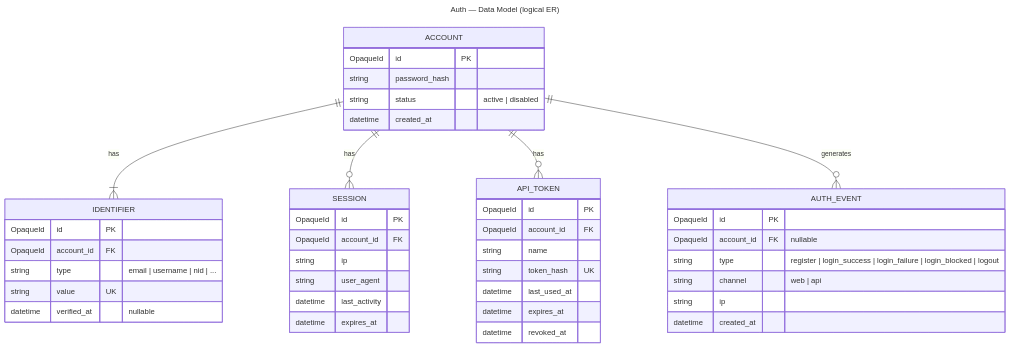
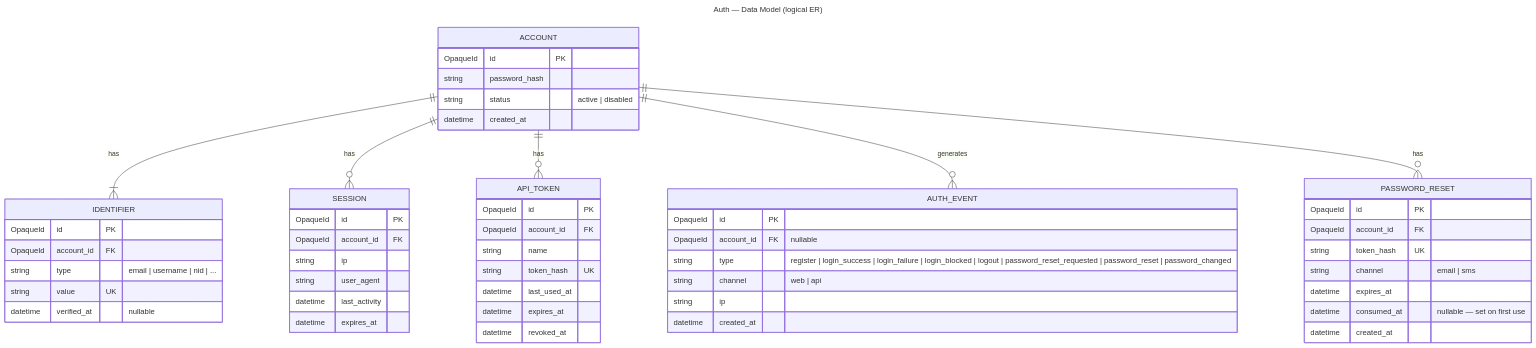
One commit to aristonis/system-design-components changed the diagram in auth/base/data-model.md. Above: the diagram before and after it, drawn with Mermaid. The commit also changed other lines of this file and 19 other files, not shown here.

First line of the commit message:
docs(auth): add forgot/reset/change-password

````diff
--- a/auth/base/data-model.md
+++ b/auth/base/data-model.md
@@ -6,49 +6,59 @@
 ```mermaid
 ---
 title: Auth — Data Model (logical ER)
 ---
 erDiagram
     ACCOUNT ||--|{ IDENTIFIER : "has"
     ACCOUNT ||--o{ SESSION : "has"
     ACCOUNT ||--o{ API_TOKEN : "has"
     ACCOUNT ||--o{ AUTH_EVENT : "generates"
+    ACCOUNT ||--o{ PASSWORD_RESET : "has"
 
     ACCOUNT {
       OpaqueId id PK
       string   password_hash
       string   status "active | disabled"
       datetime created_at
     }
     IDENTIFIER {
       OpaqueId id PK
       OpaqueId account_id FK
       string   type "email | username | nid | ..."
       string   value UK
       datetime verified_at "nullable"
     }
     SESSION {
       OpaqueId id PK
       OpaqueId account_id FK
       string   ip
       string   user_agent
       datetime last_activity
       datetime expires_at
     }
     API_TOKEN {
       OpaqueId id PK
       OpaqueId account_id FK
       string   name
       string   token_hash UK
       datetime last_used_at
       datetime expires_at
       datetime revoked_at
     }
+    PASSWORD_RESET {
+      OpaqueId id PK
+      OpaqueId account_id FK
+      string   token_hash UK
+      string   channel "email | sms"
+      datetime expires_at
+      datetime consumed_at "nullable — set on first use"
+      datetime created_at
+    }
     AUTH_EVENT {
       OpaqueId id PK
       OpaqueId account_id FK "nullable"
-      string   type "register | login_success | login_failure | login_blocked | logout"
+      string   type "register | login_success | login_failure | login_blocked | logout | password_reset_requested | password_reset | password_changed"
       string   channel "web | api"
       string   ip
       datetime created_at
     }
 ```
````
